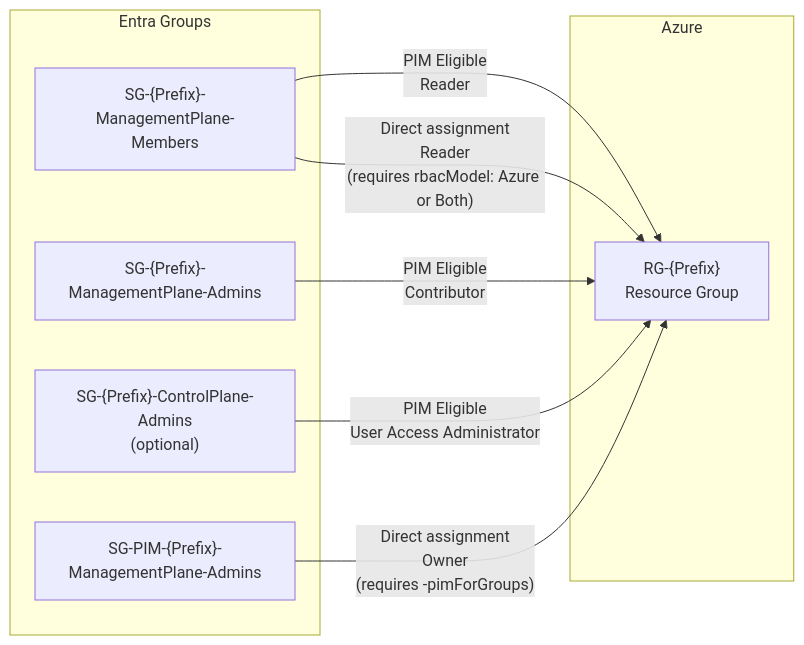
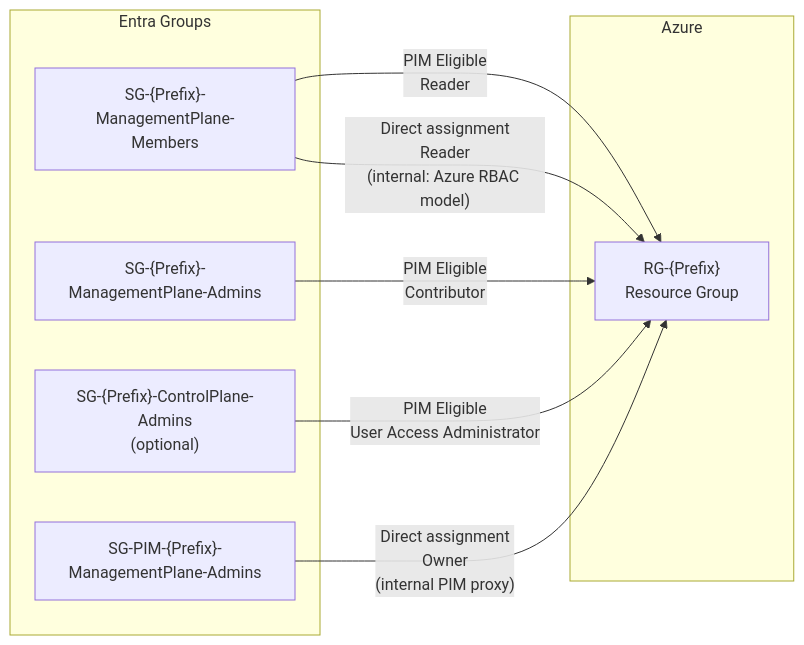
Before and after one commit to soulemike/EntraOps: the fifth of 7 diagrams in Docs/content/service-em-landing-zone-visualization.md, drawn with Mermaid. The commit also changed other lines of this file, not shown here.

Commit message:
docs(visualization): remove internal parameter references (-pimForGroups, rbacModel) from mermaid diagrams

````diff
--- a/Docs/content/service-em-landing-zone-visualization.md
+++ b/Docs/content/service-em-landing-zone-visualization.md
@@ -304,19 +304,19 @@
 ```mermaid
 flowchart LR
     subgraph GRP["Entra Groups"]
         G_MP_Mbr["SG-{Prefix}-ManagementPlane-Members"]
         G_MP_Adm["SG-{Prefix}-ManagementPlane-Admins"]
         G_Ctrl["SG-{Prefix}-ControlPlane-Admins\n(optional)"]
         G_PIM["SG-PIM-{Prefix}-ManagementPlane-Admins"]
     end
 
     subgraph AZ["Azure"]
         RG["RG-{Prefix}\nResource Group"]
     end
 
     G_MP_Mbr  -->|"PIM Eligible\nReader"| RG
     G_MP_Adm  -->|"PIM Eligible\nContributor"| RG
     G_Ctrl    -->|"PIM Eligible\nUser Access Administrator"| RG
-    G_MP_Mbr  -->|"Direct assignment\nReader\n(requires rbacModel: Azure or Both)"| RG
-    G_PIM     -->|"Direct assignment\nOwner\n(requires -pimForGroups)"| RG
+    G_MP_Mbr  -->|"Direct assignment\nReader\n(internal: Azure RBAC model)"| RG
+    G_PIM     -->|"Direct assignment\nOwner\n(internal PIM proxy)"| RG
 ```
````
